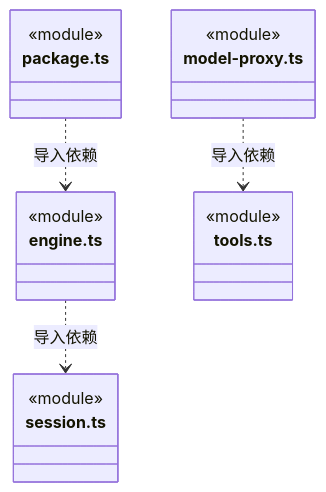
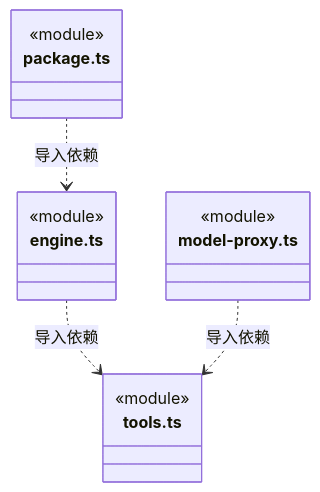
Diagram 13 of 13 in src/logic/execution/engines/codex/ARCHITECTURE.md (nan023062/cbim), drawn with Mermaid before and after one commit. The commit also changed other lines of this file and 112 other files, not shown here.

Commit message:
docs: align source architecture with current declarations and contracts

````diff
--- a/src/logic/execution/engines/codex/ARCHITECTURE.md
+++ b/src/logic/execution/engines/codex/ARCHITECTURE.md
@@ -376,21 +377,18 @@
 ```mermaid
 classDiagram
 class N_src_logic_execution_engines_codex_engine_ts["engine.ts"] {
   <<module>>
 }
-class N_src_logic_execution_engines_codex_session_ts["session.ts"] {
+class N_src_logic_execution_engines_codex_tools_ts["tools.ts"] {
   <<module>>
 }
 class N_src_logic_execution_engines_codex_model_proxy_ts["model-proxy.ts"] {
   <<module>>
 }
-class N_src_logic_execution_engines_codex_tools_ts["tools.ts"] {
-  <<module>>
-}
 class N_src_logic_execution_engines_codex_package_ts["package.ts"] {
   <<module>>
 }
-N_src_logic_execution_engines_codex_engine_ts ..> N_src_logic_execution_engines_codex_session_ts : 导入依赖
+N_src_logic_execution_engines_codex_engine_ts ..> N_src_logic_execution_engines_codex_tools_ts : 导入依赖
 N_src_logic_execution_engines_codex_model_proxy_ts ..> N_src_logic_execution_engines_codex_tools_ts : 导入依赖
 N_src_logic_execution_engines_codex_package_ts ..> N_src_logic_execution_engines_codex_engine_ts : 导入依赖
 ```
````
